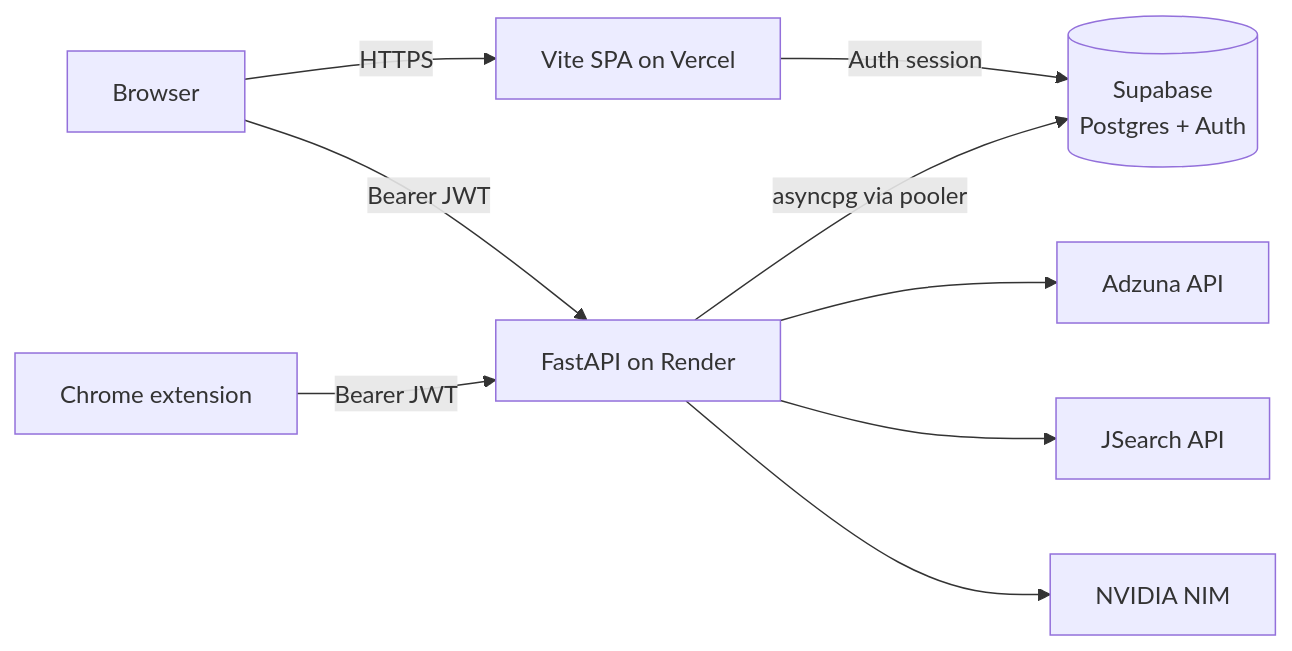
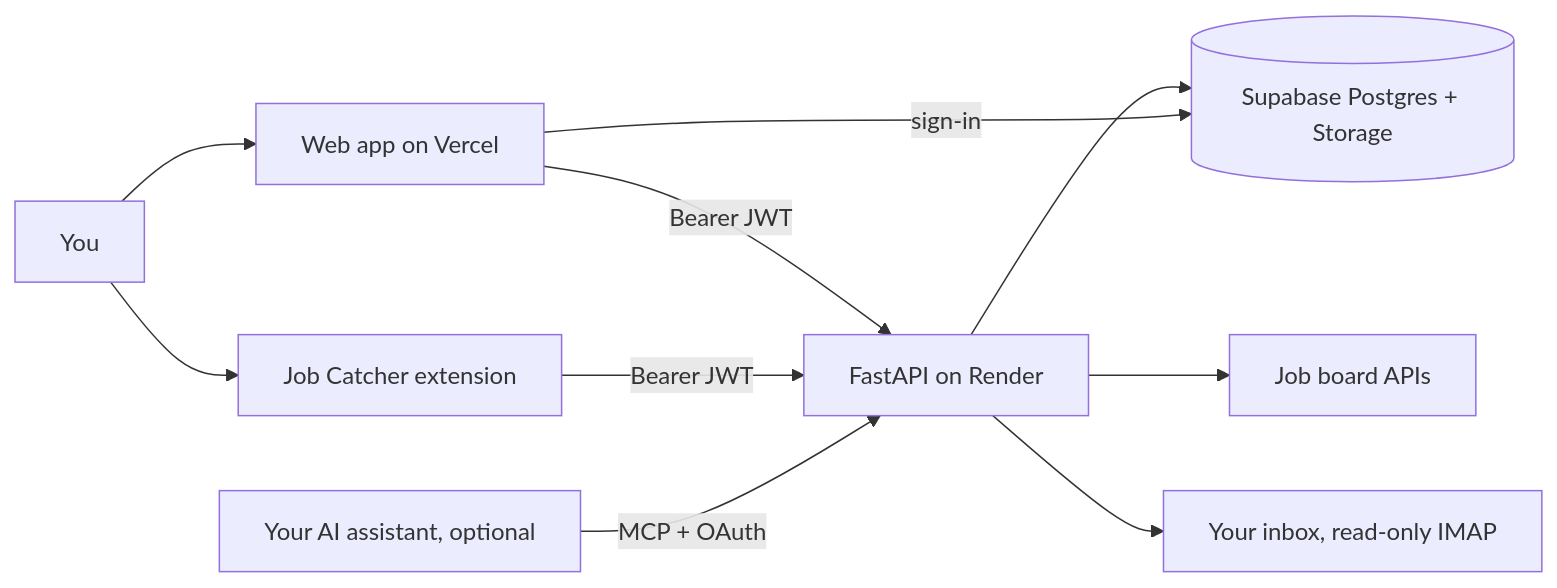
One commit to 5Cl0ver/job_enhancer changed the diagram in README.md. Above: the diagram before and after it, drawn with Mermaid. The commit also changed other lines of this file and 5 other files, not shown here.

Commit message:
Rewrite the README for what the app does today; remove screenshots with real job data (#65)

````diff
--- a/README.md
+++ b/README.md
@@ -89,11 +81,12 @@
 ```mermaid
 flowchart LR
-    B[Browser] -->|HTTPS| V[Vite SPA on Vercel]
-    B -->|Bearer JWT| R[FastAPI on Render]
-    E[Chrome extension] -->|Bearer JWT| R
-    V -->|Auth session| S[(Supabase\nPostgres + Auth)]
-    R -->|asyncpg via pooler| S
-    R --> A[Adzuna API]
-    R --> J[JSearch API]
-    R --> N[NVIDIA NIM]
+    U[You] --> V[Web app on Vercel]
+    U --> E[Job Catcher extension]
+    V -->|Bearer JWT| R[FastAPI on Render]
+    E -->|Bearer JWT| R
+    C[Your AI assistant, optional] -->|MCP + OAuth| R
+    R --> S[(Supabase Postgres + Storage)]
+    V -->|sign-in| S
+    R --> J[Job board APIs]
+    R --> M[Your inbox, read-only IMAP]
 ```
````
